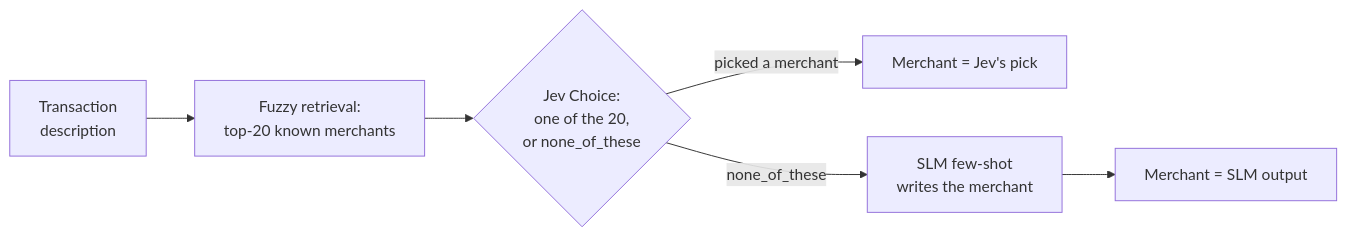
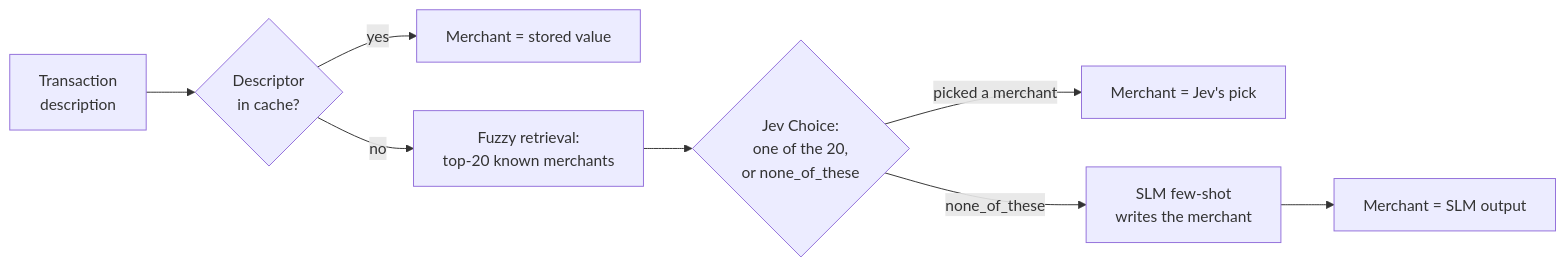
The diagram in docs/diagrams/jev_slm_cascade.mmd (aeoxyz-jpg/tranx-transaction-standardization), drawn with Mermaid before and after one commit. The commit also changed 30 other files, not shown here.

```diff
--- a/docs/diagrams/jev_slm_cascade.mmd
+++ b/docs/diagrams/jev_slm_cascade.mmd
@@ -1,6 +1,8 @@
 flowchart LR
-    D["Transaction<br/>description"] --> F["Fuzzy retrieval:<br/>top-20 known merchants"]
+    D["Transaction<br/>description"] --> C{"Descriptor<br/>in cache?"}
+    C -->|yes| OUT0["Merchant = stored value"]
+    C -->|no| F["Fuzzy retrieval:<br/>top-20 known merchants"]
     F --> J{"Jev Choice:<br/>one of the 20,<br/>or none_of_these"}
     J -->|"picked a merchant"| OUT1["Merchant = Jev's pick"]
     J -->|none_of_these| S["SLM few-shot<br/>writes the merchant"]
     S --> OUT2["Merchant = SLM output"]
```
